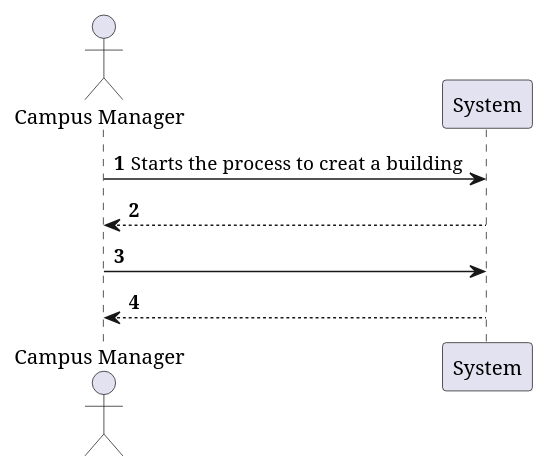
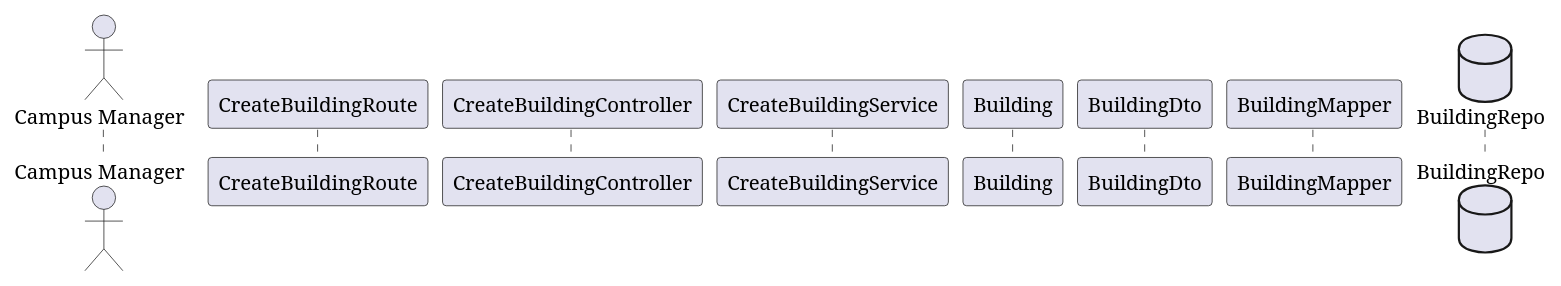
One commit to Pedro-Pereira1/sem5pi_23_24_g056 changed the diagram in docs/US_150/Diagrams/SequenceDiagram.puml. Above: the diagram before and after it, drawn with PlantUML. The commit also changed 4 other files, not shown here.

Commit message:
Added classes to sequence diagram, deleted unused diagrams

```diff
--- a/docs/US_150/Diagrams/SequenceDiagram.puml
+++ b/docs/US_150/Diagrams/SequenceDiagram.puml
@@ -1,13 +1,17 @@
-@startuml
+@startuml sequenceDiagram
 'https://plantuml.com/sequence-diagram
 
 autonumber
 actor "Campus Manager" as CM
 
-CM -> System: Starts the process to  creat a building
-System --> CM:
-CM -> System:
-CM <-- System:
+participant CreateBuildingRoute
+participant CreateBuildingController
+participant CreateBuildingService
+participant Building
+participant BuildingDto
+participant BuildingMapper
+database BuildingRepo
+
 
 
 @enduml
```
